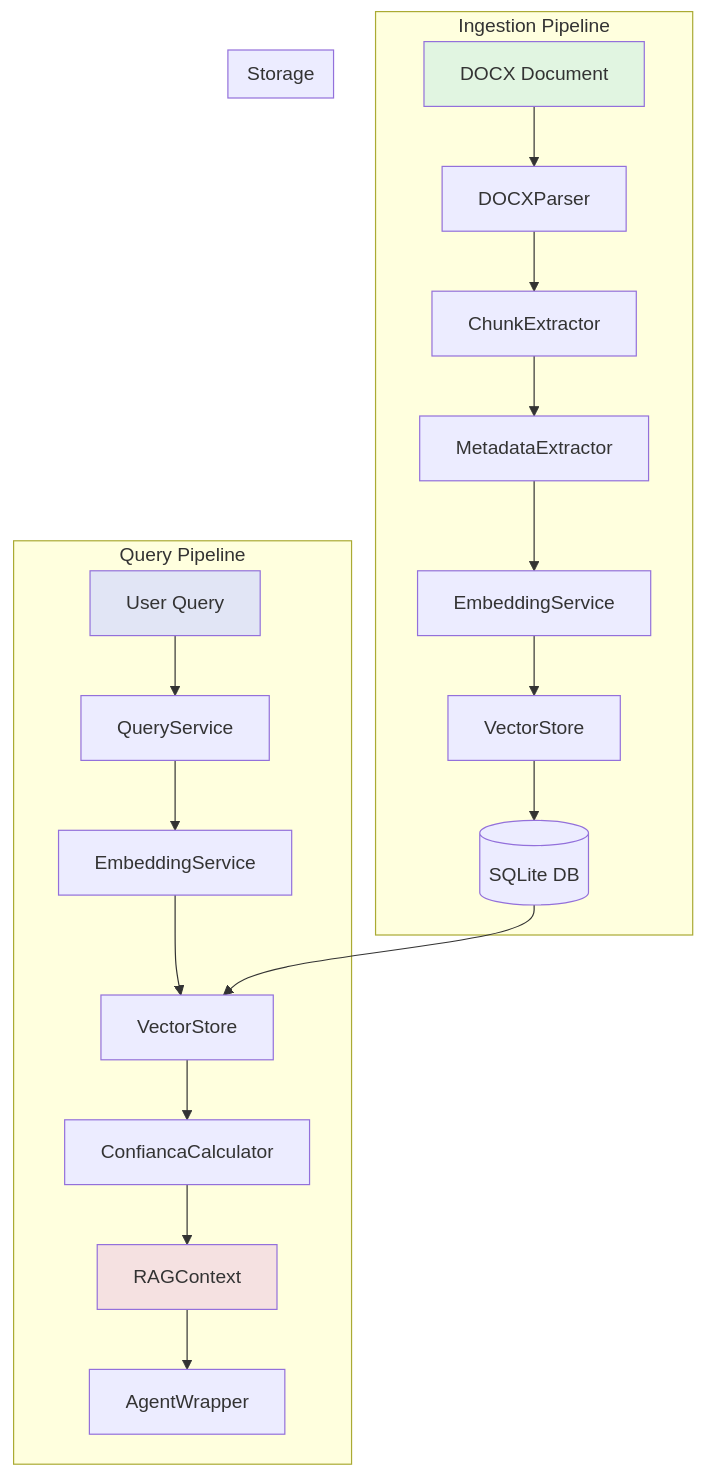
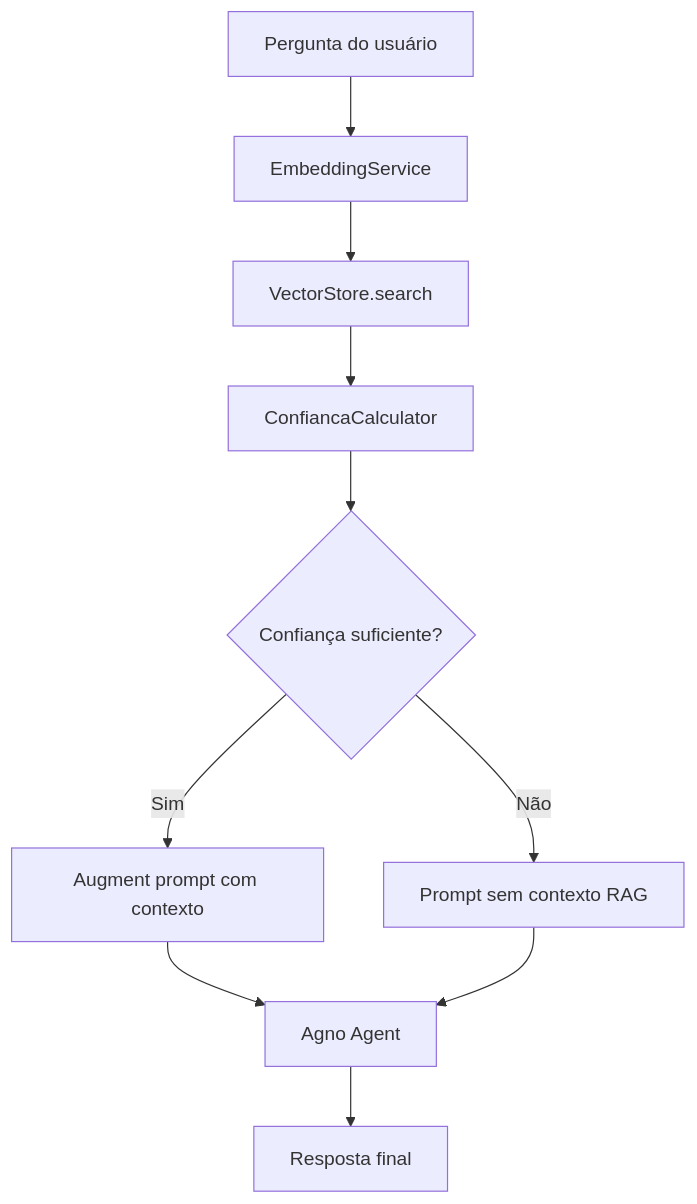
The second of 3 diagrams in docs/architecture.md (prof-ramos/BotSalinha), drawn with Mermaid before and after one commit. The commit also changed other lines of this file and 62 other files, not shown here.

````diff
--- a/docs/architecture.md
+++ b/docs/architecture.md
@@ -228,28 +63,12 @@
 ```mermaid
-graph TB
-    subgraph "Ingestion Pipeline"
-        A[DOCX Document] --> B[DOCXParser]
-        B --> C[ChunkExtractor]
-        C --> D[MetadataExtractor]
-        D --> E[EmbeddingService]
-        E --> F[VectorStore]
-        F --> G[(SQLite DB)]
-    end
-
-    subgraph "Query Pipeline"
-        H[User Query] --> I[QueryService]
-        I --> J[EmbeddingService]
-        J --> K[VectorStore]
-        K --> L[ConfiancaCalculator]
-        L --> M[RAGContext]
-        M --> N[AgentWrapper]
-    end
-
-    subgraph "Storage"
-        G --> K
-    end
-
-    style A fill:#e1f5e1
-    style H fill:#e1e5f5
-    style M fill:#f5e1e1
+flowchart TD
+    Q[Pergunta do usuário] --> E[EmbeddingService]
+    E --> V[VectorStore.search]
+    V --> F[ConfiancaCalculator]
+    F --> X{Confiança suficiente?}
+    X -->|Sim| J[Augment prompt com contexto]
+    X -->|Não| N[Prompt sem contexto RAG]
+    J --> M[Agno Agent]
+    N --> M
+    M --> R[Resposta final]
 ```
````
